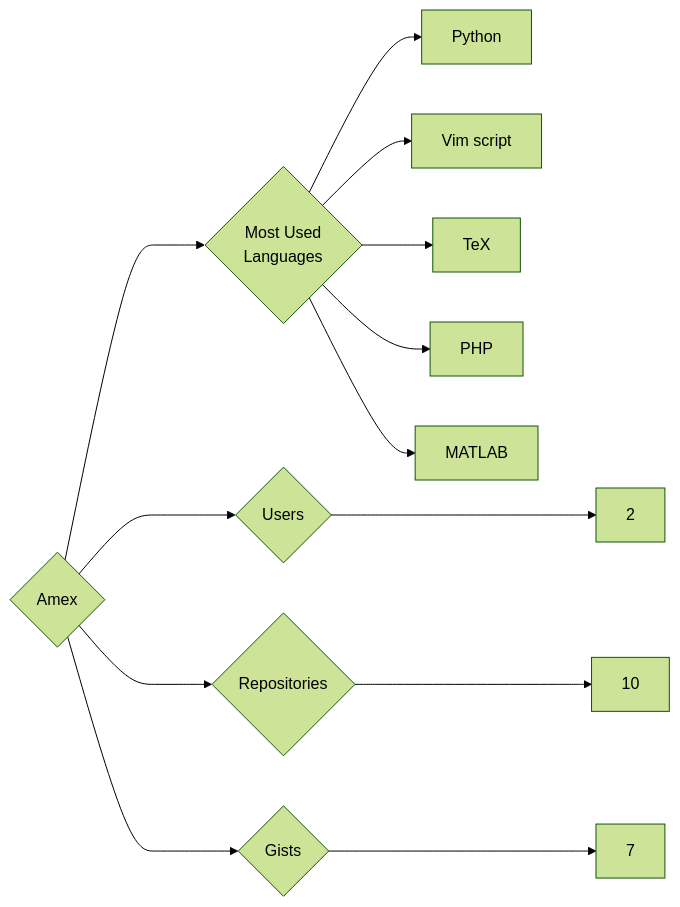
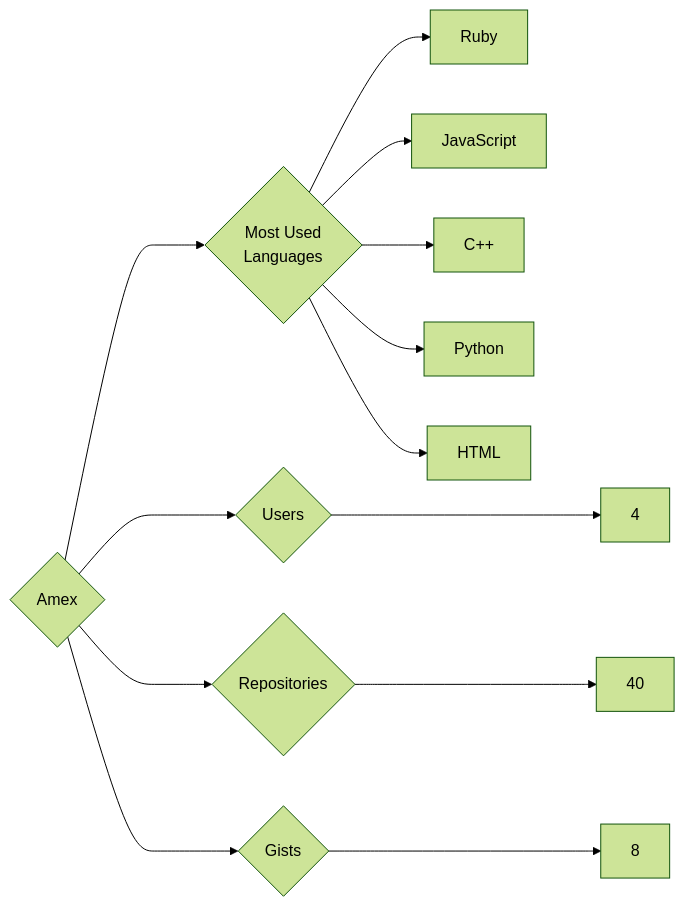
Before and after one commit to trickest/insiders: the diagram in targets/Amex/README.md, drawn with Mermaid (forest theme). The commit also changed 899 other files, not shown here.

````diff
--- a/targets/Amex/README.md
+++ b/targets/Amex/README.md
@@ -3,13 +3,13 @@
 ```mermaid
 graph LR
 COMPANY_NAME{Amex}
-COMPANY_NAME ---> U{Users} ---> UN[2]
-COMPANY_NAME ---> R{Repositories} ---> RN[10]
-COMPANY_NAME ---> G{Gists} ---> GN[7]
+COMPANY_NAME ---> U{Users} ---> UN[4]
+COMPANY_NAME ---> R{Repositories} ---> RN[40]
+COMPANY_NAME ---> G{Gists} ---> GN[8]
 COMPANY_NAME ---> ML{Most Used<br>Languages}
+ML --> Ruby[Ruby]
+ML --> JavaScript[JavaScript]
+ML --> C++[C++]
 ML --> Python[Python]
-ML --> Vim_script[Vim script]
-ML --> TeX[TeX]
-ML --> PHP[PHP]
-ML --> MATLAB[MATLAB]
+ML --> HTML[HTML]
 ```
````
